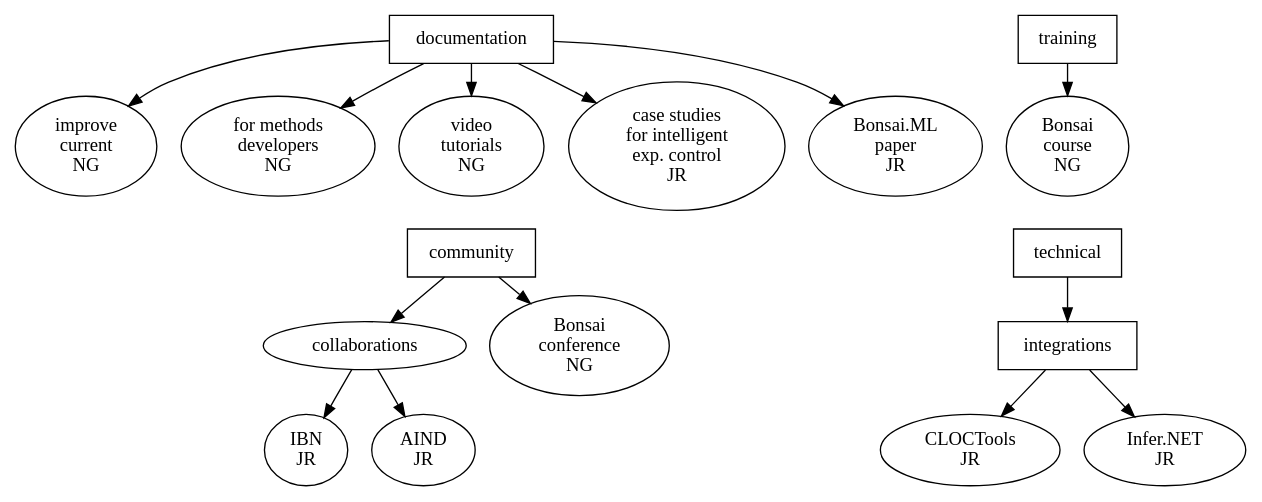
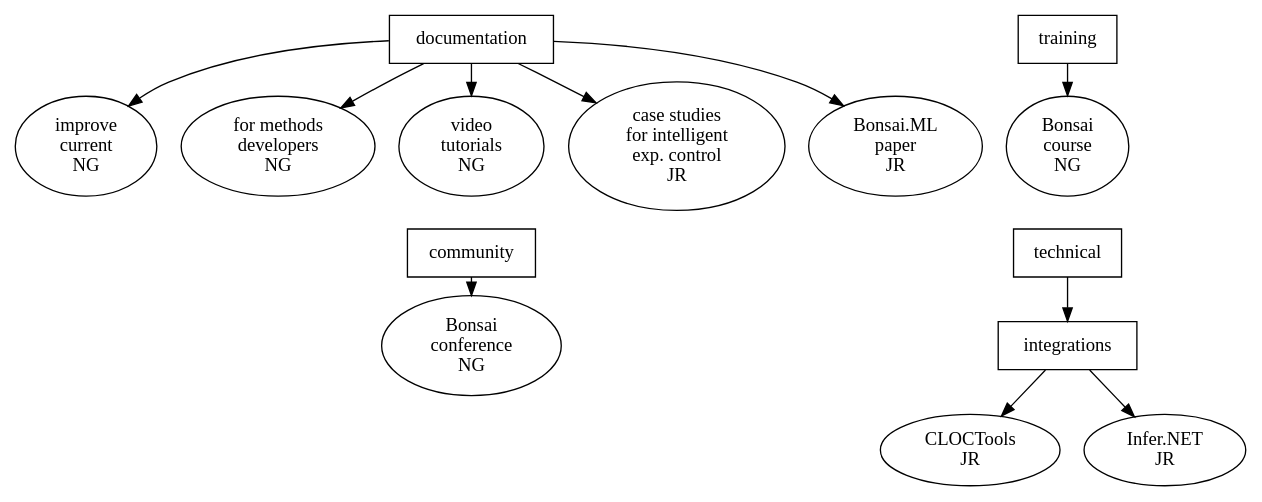
One commit to joacorapela/rsmf2025 changed the diagram in application/activitiesGraphs/activities_larger.dot. Above: the diagram before and after it, drawn with Graphviz. The commit also changed 1 other file, not shown here.

Commit message:
Removed collaborations

```diff
--- a/application/activitiesGraphs/activities_larger.dot
+++ b/application/activitiesGraphs/activities_larger.dot
@@ -1,34 +1,31 @@
 digraph {
   layout=dot;
   ranksep=0.2;
 
   documentation [shape=box];
   documentation -> "improve\ncurrent\nNG";
   documentation -> "for methods\ndevelopers\nNG";
   documentation -> "video\ntutorials\nNG";
   documentation -> "case studies\nfor intelligent\nexp. control\nJR";
   documentation -> "Bonsai.ML\npaper\nJR";
 
   training [shape=box];
   training -> "Bonsai\ncourse\nNG";
 
   "video\ntutorials\nNG" -> community [style=invis];
 
   community [shape=box];
-  community -> collaborations;
   community -> "Bonsai\nconference\nNG";
-  collaborations -> "IBN\nJR";
-  collaborations -> "AIND\nJR";
 
   "Bonsai\ncourse\nNG" -> technical [style=invis];
 
   technical [shape=box];
   technical -> integrations;
   integrations [shape=box];
   integrations -> "CLOCTools\nJR";
   integrations -> "Infer.NET\nJR";
 
 
   /* { rank=same; documentation training community technical } */
 
 }
```
